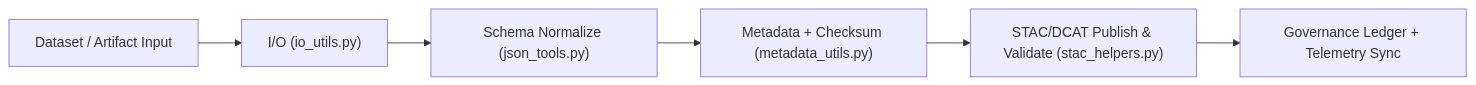
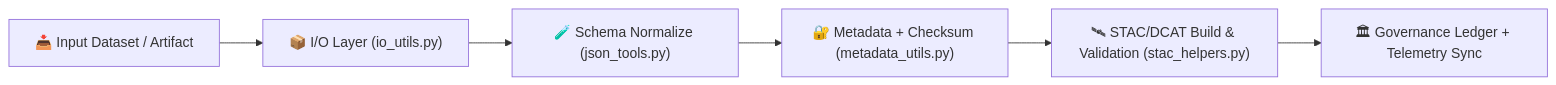
Before and after one commit to bartytime4life/Kansas-Frontier-Matrix: the diagram in src/pipelines/utils/README.md, drawn with Mermaid. The commit also changed other lines of this file, not shown here.

````diff
--- a/src/pipelines/utils/README.md
+++ b/src/pipelines/utils/README.md
@@ -67,8 +86,8 @@
 ```mermaid
 flowchart LR
-    A["Dataset / Artifact Input"] --> B["I/O (io_utils.py)"]
-    B --> C["Schema Normalize (json_tools.py)"]
-    C --> D["Metadata + Checksum (metadata_utils.py)"]
-    D --> E["STAC/DCAT Publish & Validate (stac_helpers.py)"]
-    E --> F["Governance Ledger + Telemetry Sync"]
+    A["📥 Input Dataset / Artifact"] --> B["📦 I/O Layer (io_utils.py)"]
+    B --> C["🧪 Schema Normalize (json_tools.py)"]
+    C --> D["🔐 Metadata + Checksum (metadata_utils.py)"]
+    D --> E["🛰 STAC/DCAT Build & Validation (stac_helpers.py)"]
+    E --> F["🏛 Governance Ledger + Telemetry Sync"]
 ```
````
